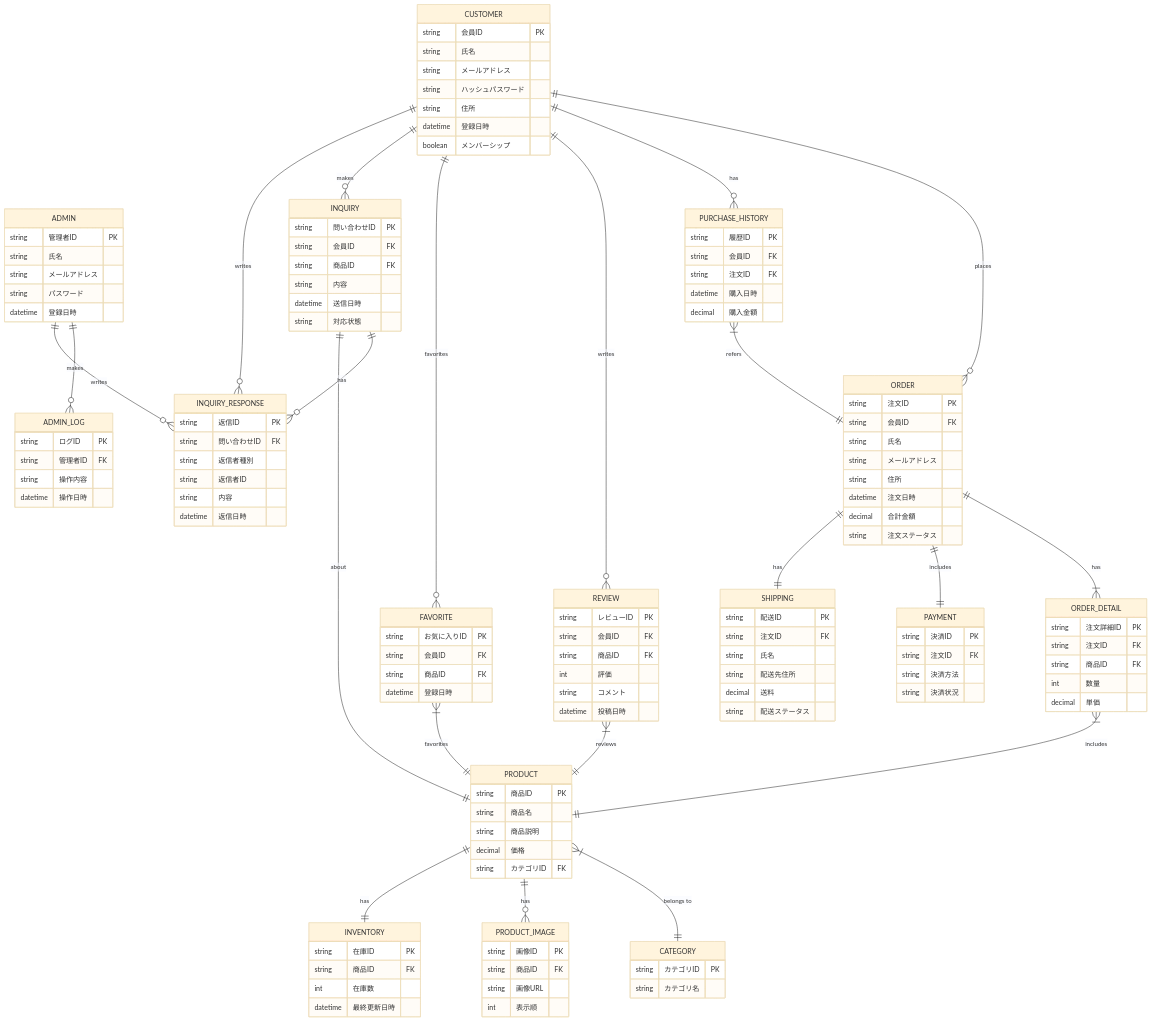
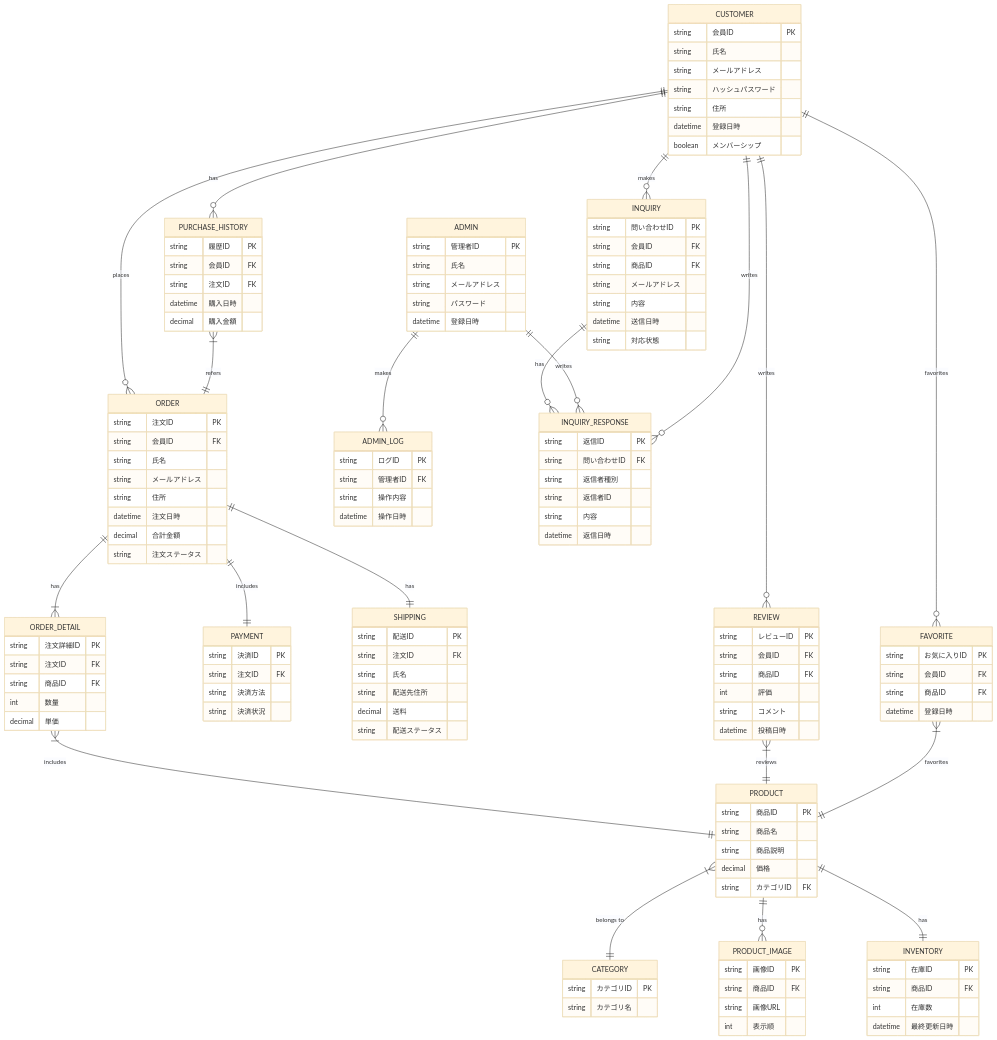
The fifth of 5 diagrams in 基本設計/D.md (YUKlT0/Equipe), drawn with Mermaid (base theme) before and after one commit. The commit also changed other lines of this file, not shown here.

```diff
--- a/基本設計/D.md
+++ b/基本設計/D.md
@@ -435,7 +435,6 @@
     PURCHASE_HISTORY }|--|| ORDER : "refers"
     REVIEW }|--|| PRODUCT : "reviews"
     FAVORITE }|--|| PRODUCT : "favorites"
-    INQUIRY ||--|| PRODUCT : "about"
 
     CUSTOMER {
         string 会員ID PK
@@ -552,6 +551,7 @@
         string 問い合わせID PK
         string 会員ID FK
         string 商品ID FK
+        string メールアドレス
         string 内容
         datetime 送信日時
         string 対応状態
```
